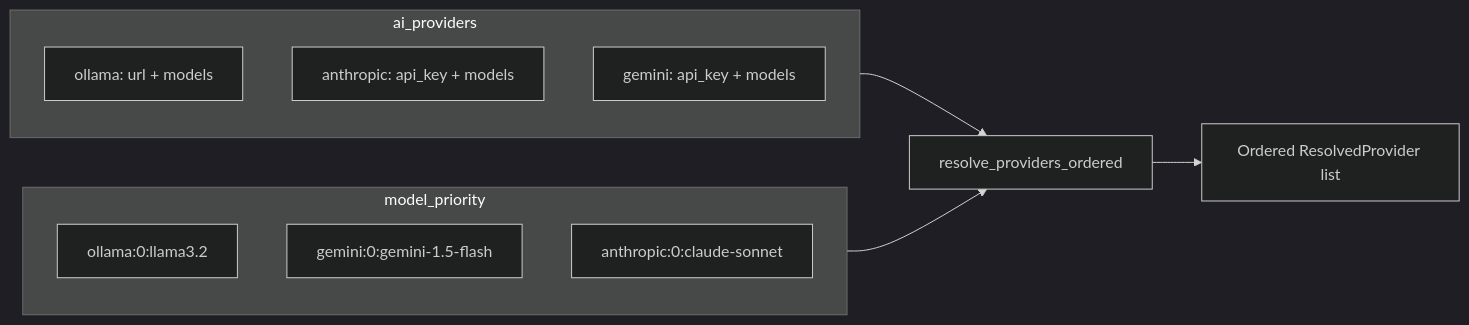
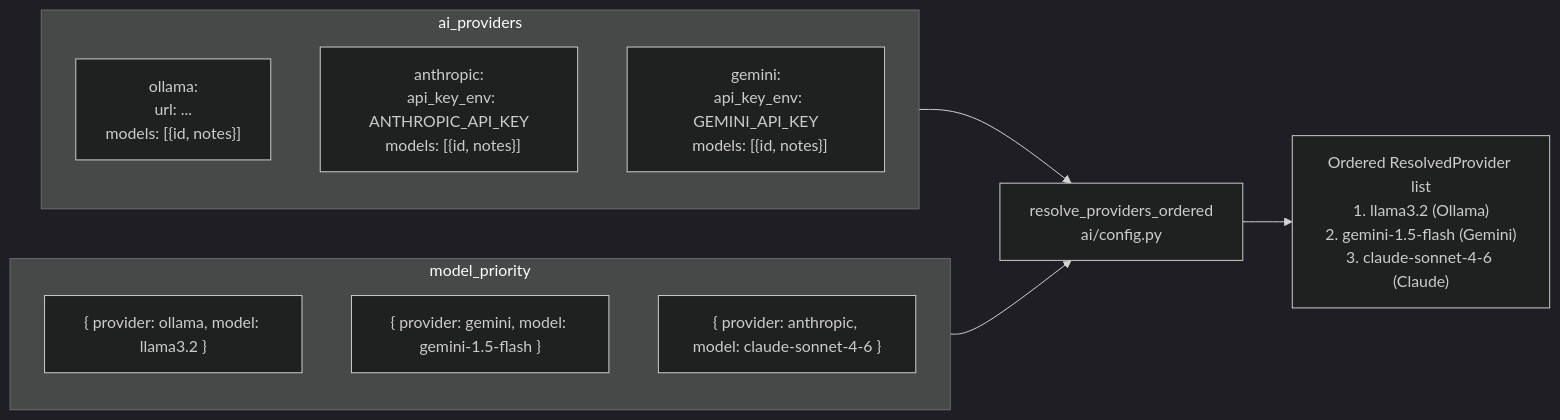
One commit to StevenGann/Gregory changed the second of 4 diagrams in docs/AI_SYSTEM.md. Above: the diagram before and after it, drawn with Mermaid (dark theme). The commit also changed other lines of this file and 10 other files, not shown here.

````diff
--- a/docs/AI_SYSTEM.md
+++ b/docs/AI_SYSTEM.md
@@ -75,18 +80,18 @@
 ```mermaid
 flowchart LR
     subgraph ap [ai_providers]
-        O[ollama: url + models]
-        A[anthropic: api_key + models]
-        G[gemini: api_key + models]
+        O["ollama:\n  url: ...\n  models: [{id, notes}]"]
+        A["anthropic:\n  api_key_env: ANTHROPIC_API_KEY\n  models: [{id, notes}]"]
+        G["gemini:\n  api_key_env: GEMINI_API_KEY\n  models: [{id, notes}]"]
     end
 
     subgraph mp [model_priority]
-        E1[ollama:0:llama3.2]
-        E2[gemini:0:gemini-1.5-flash]
-        E3[anthropic:0:claude-sonnet]
+        E1["{ provider: ollama, model: llama3.2 }"]
+        E2["{ provider: gemini, model: gemini-1.5-flash }"]
+        E3["{ provider: anthropic, model: claude-sonnet-4-6 }"]
     end
 
-    ap --> Resolve[resolve_providers_ordered]
+    ap --> Resolve[resolve_providers_ordered\nai/config.py]
     mp --> Resolve
-    Resolve --> List[Ordered ResolvedProvider list]
+    Resolve --> List["Ordered ResolvedProvider list\n1. llama3.2 (Ollama)\n2. gemini-1.5-flash (Gemini)\n3. claude-sonnet-4-6 (Claude)"]
 ```
````
